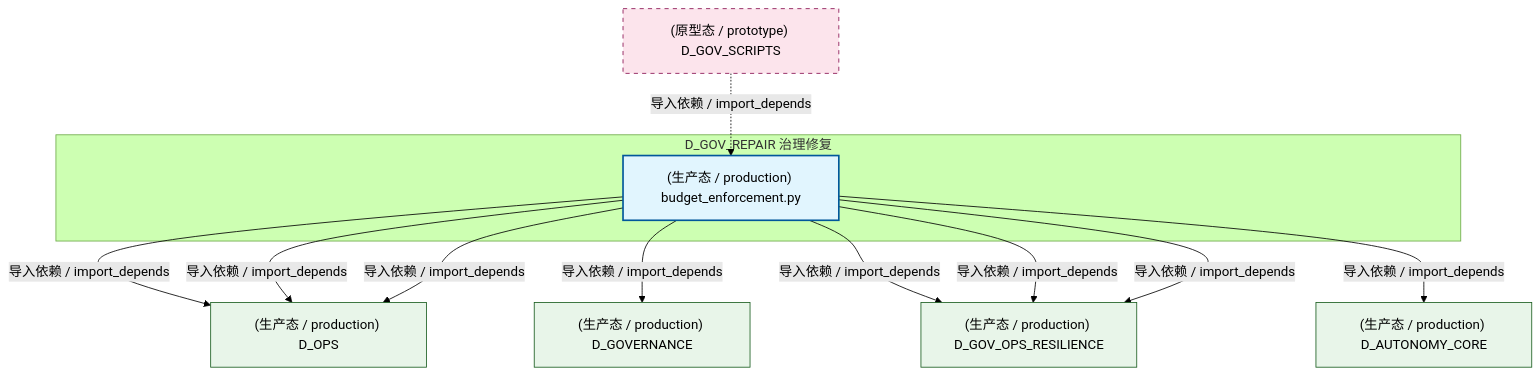
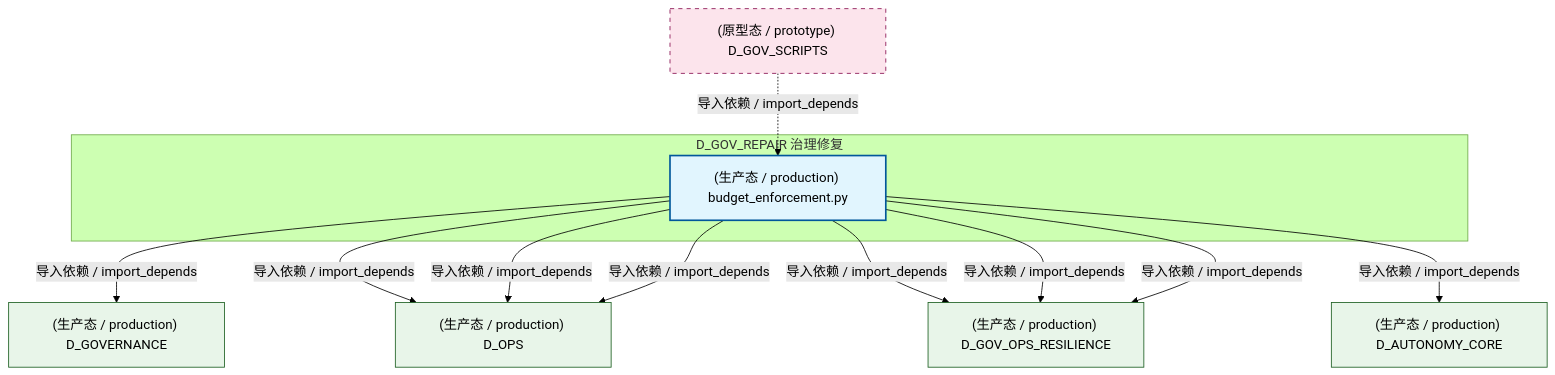
Before and after one commit to xuanFelixVan/ZephyrAlpha: the first of 3 diagrams in docs/02_enterprise_architecture/02_domain_architecture_docs/44_d_gov_repair.md, drawn with Mermaid (forest theme). The commit also changed other lines of this file and 99 other files, not shown here.

````diff
--- a/docs/02_enterprise_architecture/02_domain_architecture_docs/44_d_gov_repair.md
+++ b/docs/02_enterprise_architecture/02_domain_architecture_docs/44_d_gov_repair.md
@@ -63,27 +63,27 @@
 ```mermaid
 graph TD
     subgraph D_GOV_REPAIR["D_GOV_REPAIR 治理修复"]
         src_zephyr_governance_financial_governance_budget_enforcement_py["(生产态 / production) budget_enforcement.py"]
     end
+    D_GOVERNANCE["(生产态 / production) D_GOVERNANCE"]
+    src_zephyr_governance_financial_governance_budget_enforcement_py -->|导入依赖 / import_depends| D_GOVERNANCE
     D_OPS["(生产态 / production) D_OPS"]
     src_zephyr_governance_financial_governance_budget_enforcement_py -->|导入依赖 / import_depends| D_OPS
-    D_GOVERNANCE["(生产态 / production) D_GOVERNANCE"]
-    src_zephyr_governance_financial_governance_budget_enforcement_py -->|导入依赖 / import_depends| D_GOVERNANCE
     D_GOV_OPS_RESILIENCE["(生产态 / production) D_GOV_OPS_RESILIENCE"]
     src_zephyr_governance_financial_governance_budget_enforcement_py -->|导入依赖 / import_depends| D_GOV_OPS_RESILIENCE
     src_zephyr_governance_financial_governance_budget_enforcement_py -->|导入依赖 / import_depends| D_OPS
     src_zephyr_governance_financial_governance_budget_enforcement_py -->|导入依赖 / import_depends| D_GOV_OPS_RESILIENCE
     D_AUTONOMY_CORE["(生产态 / production) D_AUTONOMY_CORE"]
     src_zephyr_governance_financial_governance_budget_enforcement_py -->|导入依赖 / import_depends| D_AUTONOMY_CORE
     src_zephyr_governance_financial_governance_budget_enforcement_py -->|导入依赖 / import_depends| D_OPS
     src_zephyr_governance_financial_governance_budget_enforcement_py -->|导入依赖 / import_depends| D_GOV_OPS_RESILIENCE
     D_GOV_SCRIPTS["(原型态 / prototype) D_GOV_SCRIPTS"]
     D_GOV_SCRIPTS -.->|导入依赖 / import_depends| src_zephyr_governance_financial_governance_budget_enforcement_py
     classDef production fill:#e1f5fe,stroke:#01579b,stroke-width:2px,color:#000
     classDef design fill:#fff3e0,stroke:#e65100,stroke-width:2px,color:#000,stroke-dasharray: 5 5
     classDef external_prod fill:#e8f5e9,stroke:#1b5e20,stroke-width:1px,color:#000
     classDef external_design fill:#fce4ec,stroke:#880e4f,stroke-width:1px,color:#000,stroke-dasharray: 5 5
     class src_zephyr_governance_financial_governance_budget_enforcement_py production
-    class D_OPS,D_GOVERNANCE,D_GOV_OPS_RESILIENCE,D_AUTONOMY_CORE external_prod
+    class D_GOVERNANCE,D_OPS,D_GOV_OPS_RESILIENCE,D_AUTONOMY_CORE external_prod
     class D_GOV_SCRIPTS external_design
 ```
````
